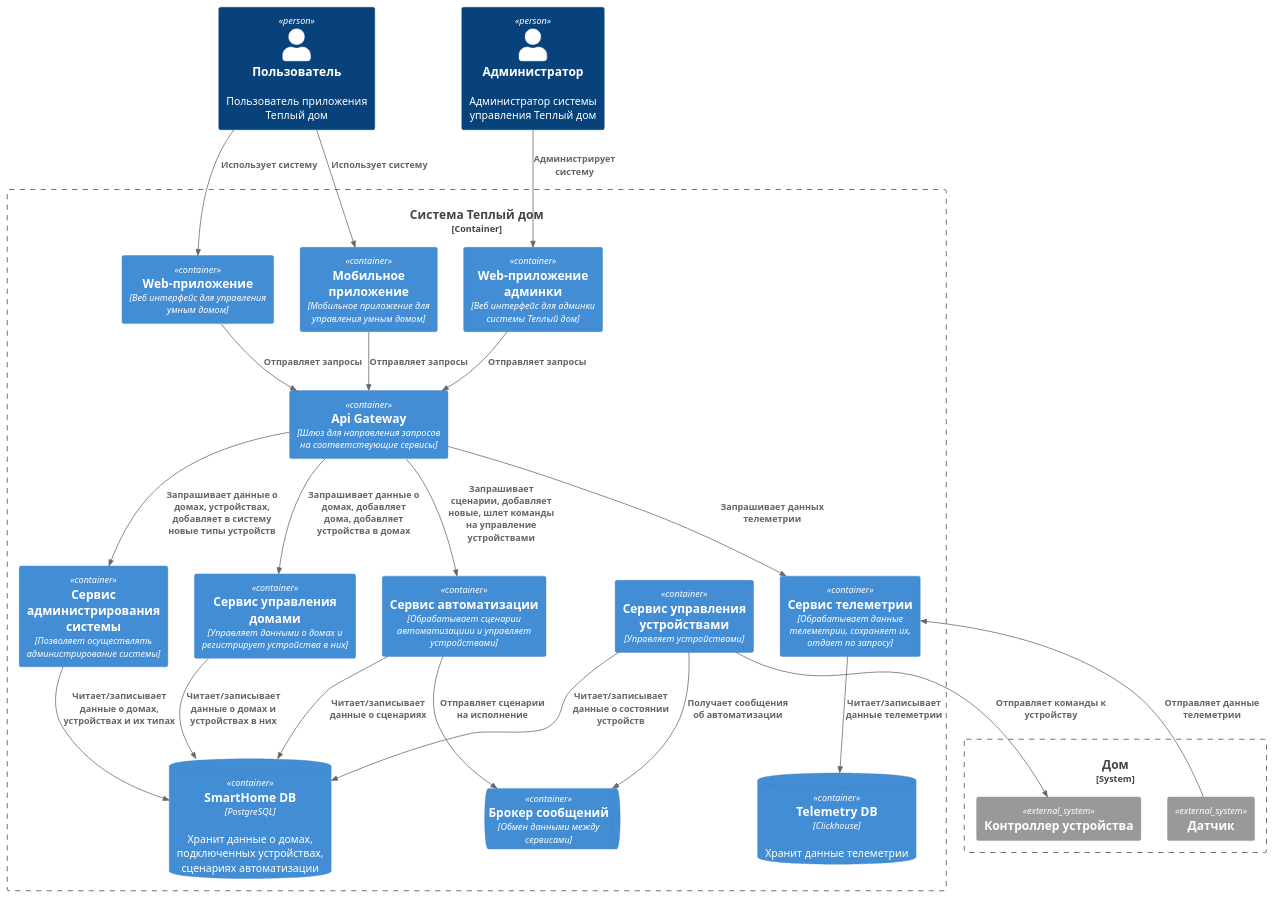
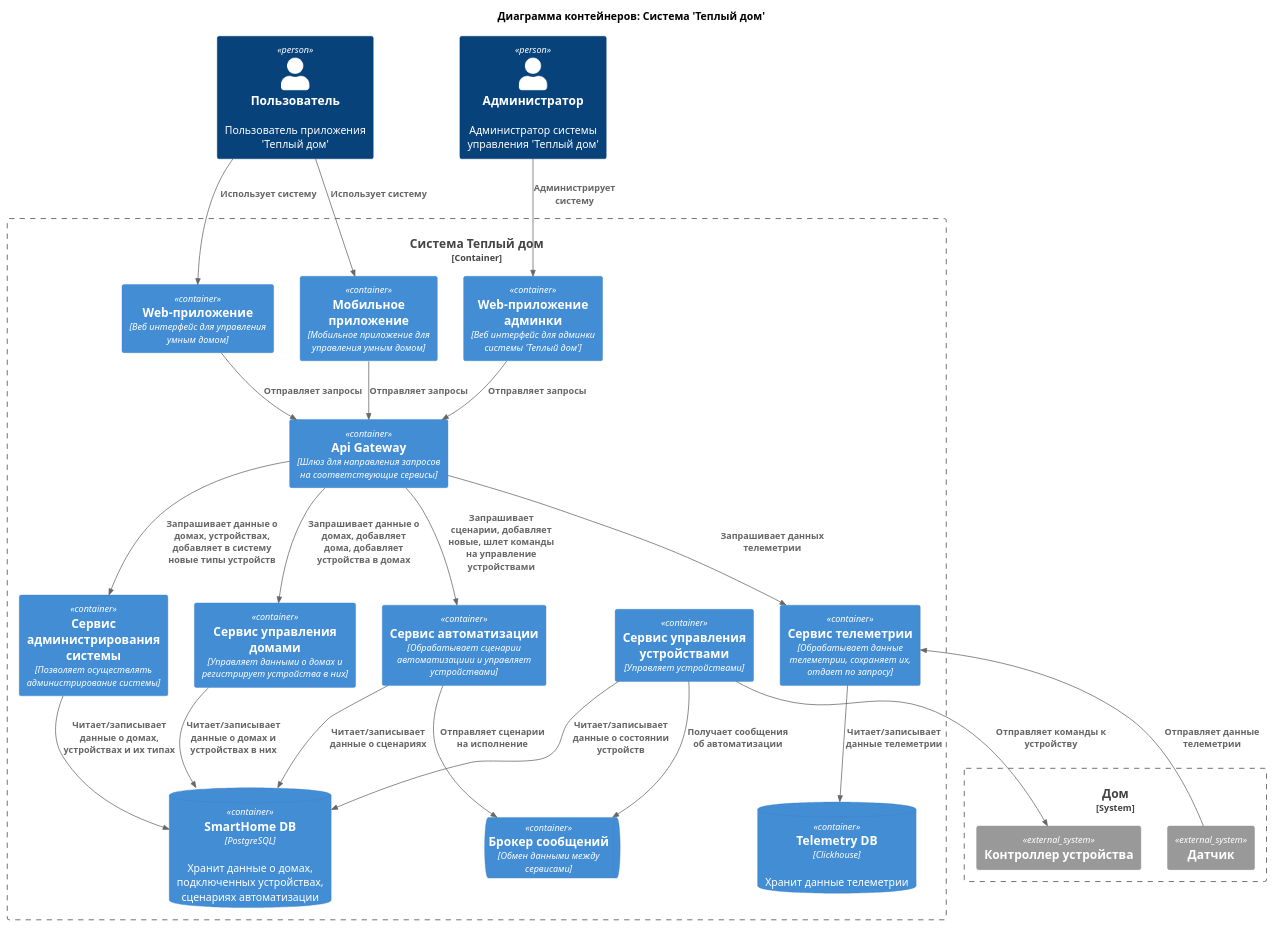
Before and after one commit to knautilus/architecture-warmhouse: the diagram in diagrams/smart_home/ToBe_Container.puml, drawn with PlantUML. The commit also changed 4 other files, not shown here.

```diff
--- a/diagrams/smart_home/ToBe_Container.puml
+++ b/diagrams/smart_home/ToBe_Container.puml
@@ -1,48 +1,50 @@
 @startuml
+
+title Диаграмма контейнеров: Система 'Теплый дом'
 
 !include https://raw.githubusercontent.com/plantuml-stdlib/C4-PlantUML/master/C4_Container.puml
 
-Person(User, "Пользователь", "Пользователь приложения Теплый дом")
-Person(Admin, "Администратор", "Администратор системы управления Теплый дом")
+Person(User, "Пользователь", "Пользователь приложения 'Теплый дом'")
+Person(Admin, "Администратор", "Администратор системы управления 'Теплый дом'")
 
 Container_Boundary(SmartHome, "Система Теплый дом") {
-    Container(AdminWebApp, "Web-приложение админки", "Веб интерфейс для админки системы Теплый дом")
+    Container(AdminWebApp, "Web-приложение админки", "Веб интерфейс для админки системы 'Теплый дом'")
     Container(WebApp, "Web-приложение", "Веб интерфейс для управления умным домом")
     Container(MobileApp, "Мобильное приложение", "Мобильное приложение для управления умным домом")
     Container(ApiGateway, "Api Gateway", "Шлюз для направления запросов на соответствующие сервисы")
     Container(AdminPanel, "Сервис администрирования системы", "Позволяет осуществлять администрирование системы")
     Container(HouseManagement, "Сервис управления домами", "Управляет данными о домах и регистрирует устройства в них")
     Container(DeviceManagement, "Сервис управления устройствами", "Управляет устройствами")
     Container(AutomationService, "Сервис автоматизации", "Обрабатывает сценарии автоматизациии и управляет устройствами")
     Container(TelemetryService, "Сервис телеметрии", "Обрабатывает данные телеметрии, сохраняет их, отдает по запросу")
     ContainerDb(SmartHomeDb, "SmartHome DB", "PostgreSQL", "Хранит данные о домах, подключенных устройствах, сценариях автоматизации")
     ContainerDb(TelemetryDb, "Telemetry DB", "Clickhouse", "Хранит данные телеметрии")
     ContainerQueue(Queue, "Брокер сообщений", "Обмен данными между сервисами")
 }
 
 System_Boundary(House, "Дом") {
     System_Ext(Sensor, "Датчик")
     System_Ext(Device, "Контроллер устройства")
 }
 
 Rel(Admin, AdminWebApp, "Администрирует систему")
 Rel(AdminWebApp, ApiGateway, "Отправляет запросы")
 Rel(User, WebApp, "Использует систему")
 Rel(User, MobileApp, "Использует систему")
 Rel(WebApp, ApiGateway, "Отправляет запросы")
 Rel(MobileApp, ApiGateway, "Отправляет запросы")
 Rel(ApiGateway, AdminPanel, "Запрашивает данные о домах, устройствах, добавляет в систему новые типы устройств")
 Rel(ApiGateway, HouseManagement, "Запрашивает данные о домах, добавляет дома, добавляет устройства в домах")
 Rel(ApiGateway, AutomationService, "Запрашивает сценарии, добавляет новые, шлет команды на управление устройствами")
 Rel(ApiGateway, TelemetryService, "Запрашивает данных телеметрии")
 Rel(AdminPanel, SmartHomeDb, "Читает/записывает данные о домах, устройствах и их типах")
 Rel(HouseManagement, SmartHomeDb, "Читает/записывает данные о домах и устройствах в них")
 Rel(DeviceManagement, SmartHomeDb, "Читает/записывает данные о состоянии устройств")
 Rel(AutomationService, SmartHomeDb, "Читает/записывает данные о сценариях")
 Rel(TelemetryService, TelemetryDb, "Читает/записывает данные телеметрии")
 Rel(AutomationService, Queue, "Отправляет сценарии на исполнение")
 Rel(DeviceManagement, Queue, "Получает сообщения об автоматизации")
 Rel(Sensor, TelemetryService, "Отправляет данные телеметрии")
 Rel(DeviceManagement, Device, "Отправляет команды к устройству")
 
 @enduml
```
